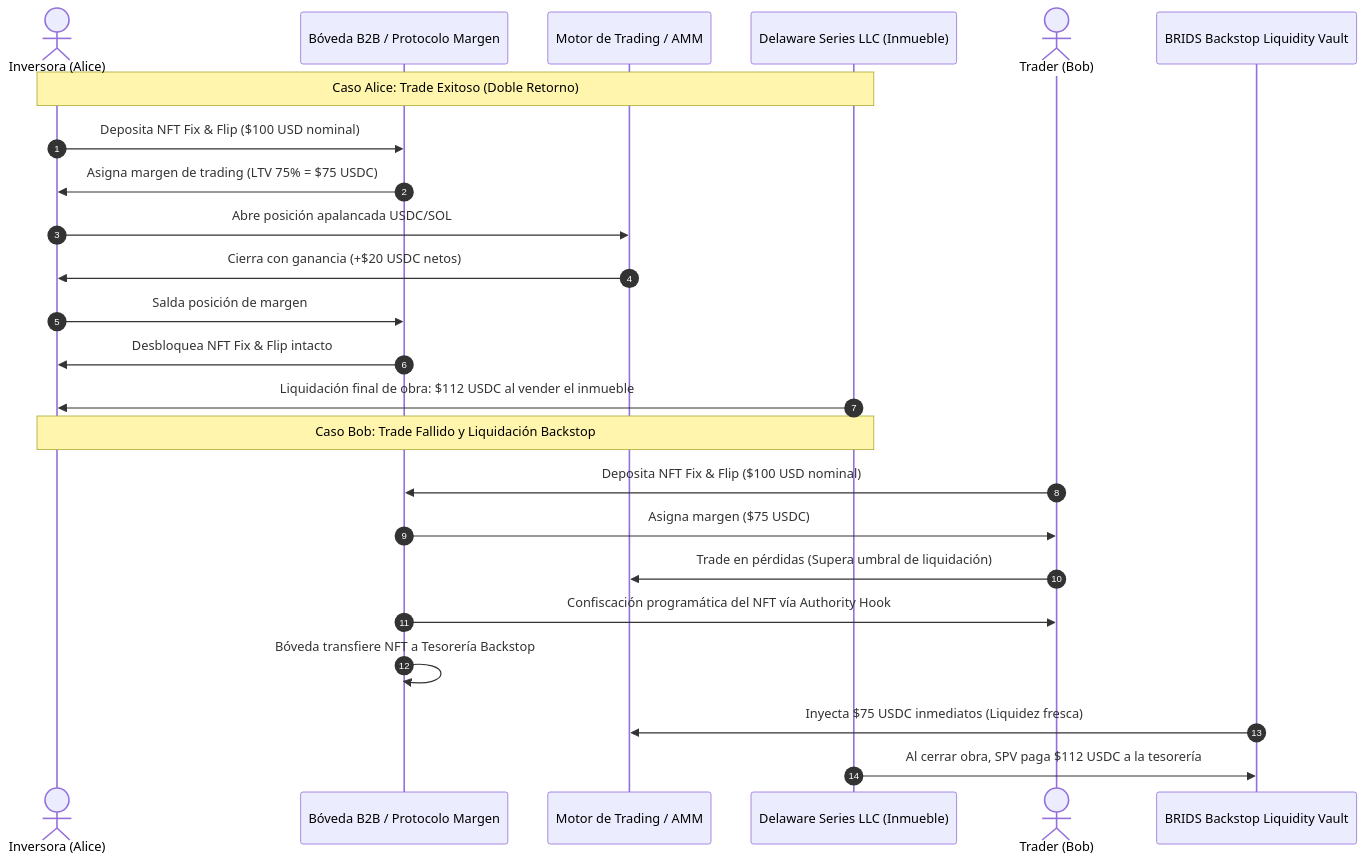
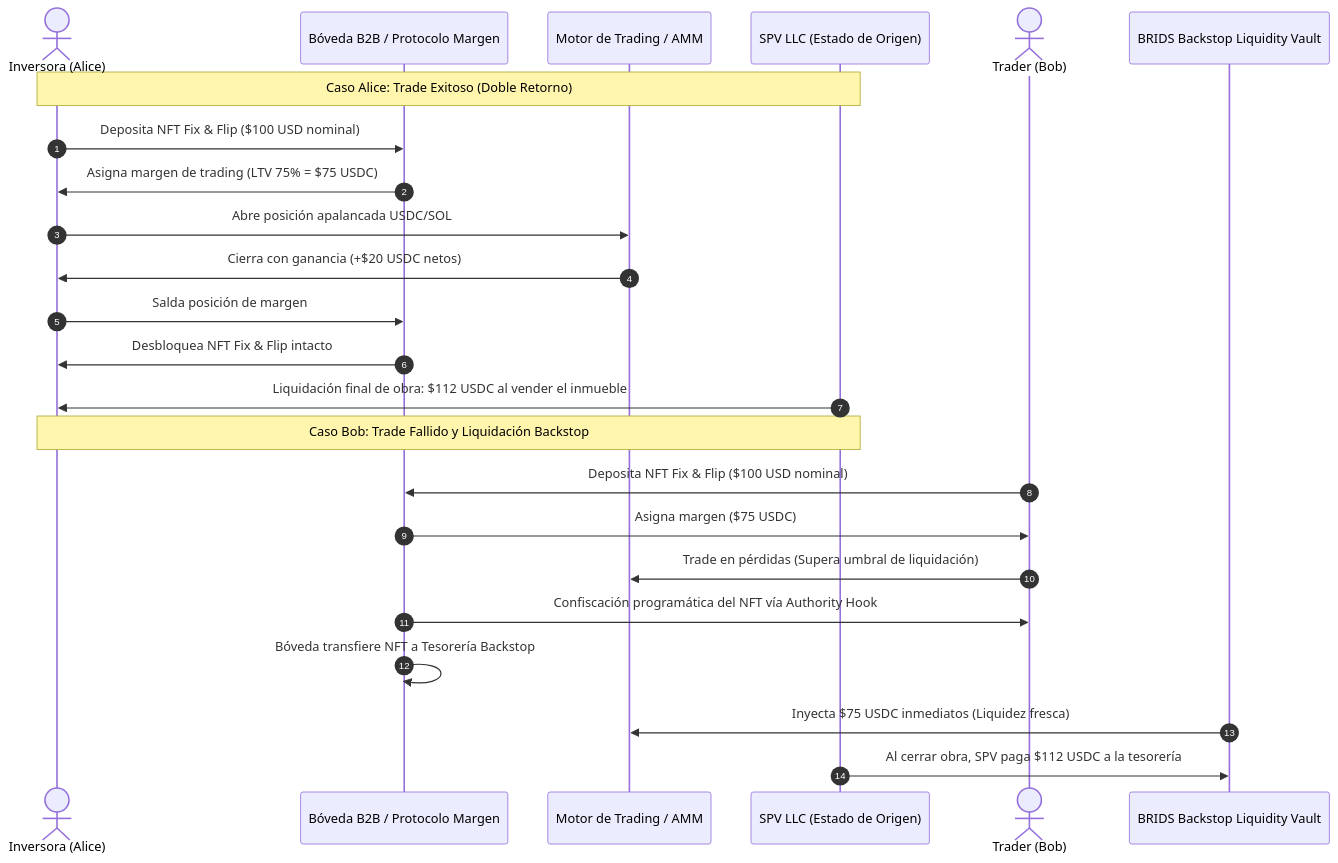
Before and after one commit to jeisonsosablockdev/BRIDS-KNOWLEDGE-FORT: the diagram in BRIDS-Brain/00 Inbox/Specs/epic-015-rwa-yield-bearing-margin-collateral-work/draft_cycle_1.md, drawn with Mermaid. The commit also changed 39 other files, not shown here.

````diff
--- a/BRIDS-Brain/00 Inbox/Specs/epic-015-rwa-yield-bearing-margin-collateral-work/draft_cycle_1.md
+++ b/BRIDS-Brain/00 Inbox/Specs/epic-015-rwa-yield-bearing-margin-collateral-work/draft_cycle_1.md
@@ -55,28 +55,28 @@
 ```mermaid
 sequenceDiagram
     autonumber
     actor Alice as Inversora (Alice)
     participant Vault as Bóveda B2B / Protocolo Margen
     participant AMM as Motor de Trading / AMM
-    participant SPV as Delaware Series LLC (Inmueble)
+    participant SPV as SPV LLC (Estado de Origen)
 
     Note over Alice,SPV: Caso Alice: Trade Exitoso (Doble Retorno)
     Alice->>Vault: Deposita NFT Fix & Flip ($100 USD nominal)
     Vault->>Alice: Asigna margen de trading (LTV 75% = $75 USDC)
     Alice->>AMM: Abre posición apalancada USDC/SOL
     AMM->>Alice: Cierra con ganancia (+$20 USDC netos)
     Alice->>Vault: Salda posición de margen
     Vault->>Alice: Desbloquea NFT Fix & Flip intacto
     SPV->>Alice: Liquidación final de obra: $112 USDC al vender el inmueble
 
     Note over Alice,SPV: Caso Bob: Trade Fallido y Liquidación Backstop
     actor Bob as Trader (Bob)
     Bob->>Vault: Deposita NFT Fix & Flip ($100 USD nominal)
     Vault->>Bob: Asigna margen ($75 USDC)
     Bob->>AMM: Trade en pérdidas (Supera umbral de liquidación)
     Vault->>Bob: Confiscación programática del NFT vía Authority Hook
     Vault->>Vault: Bóveda transfiere NFT a Tesorería Backstop
     participant BRIDS as BRIDS Backstop Liquidity Vault
     BRIDS->>AMM: Inyecta $75 USDC inmediatos (Liquidez fresca)
     SPV->>BRIDS: Al cerrar obra, SPV paga $112 USDC a la tesorería
 ```
````
